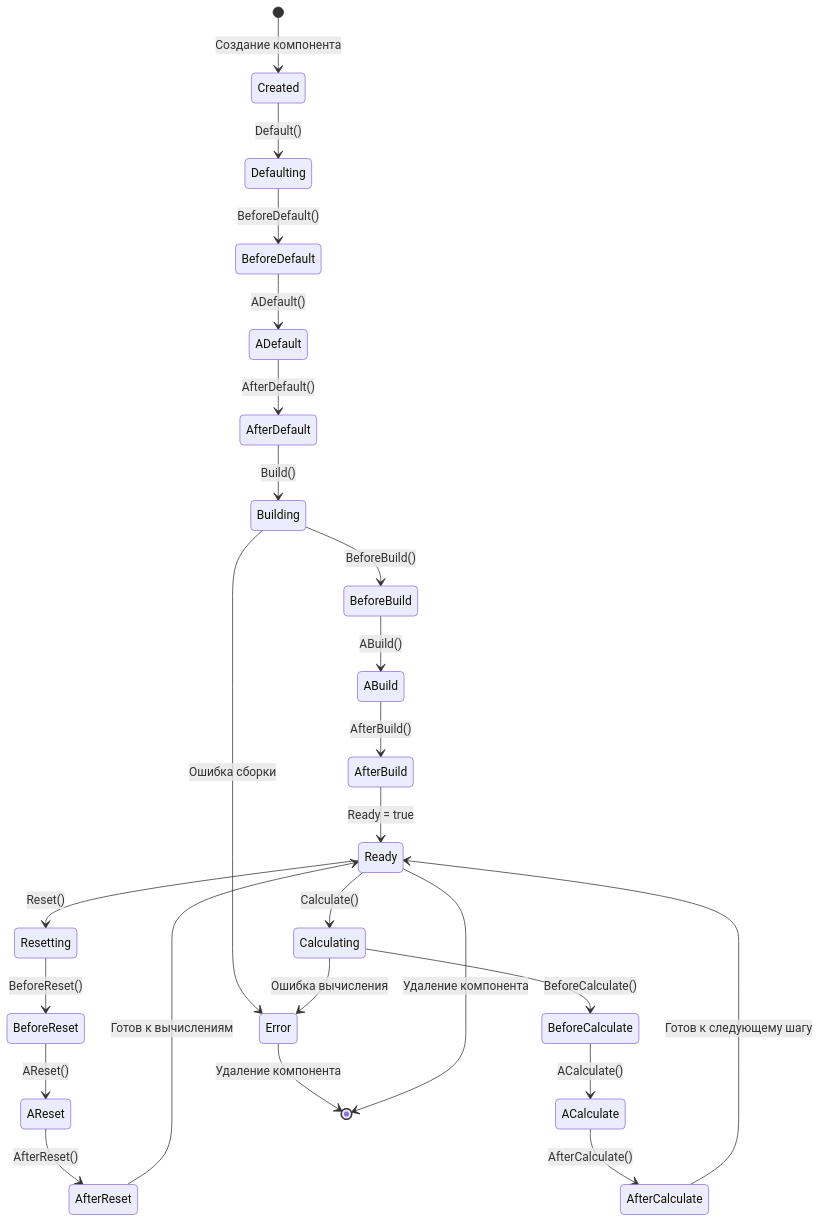
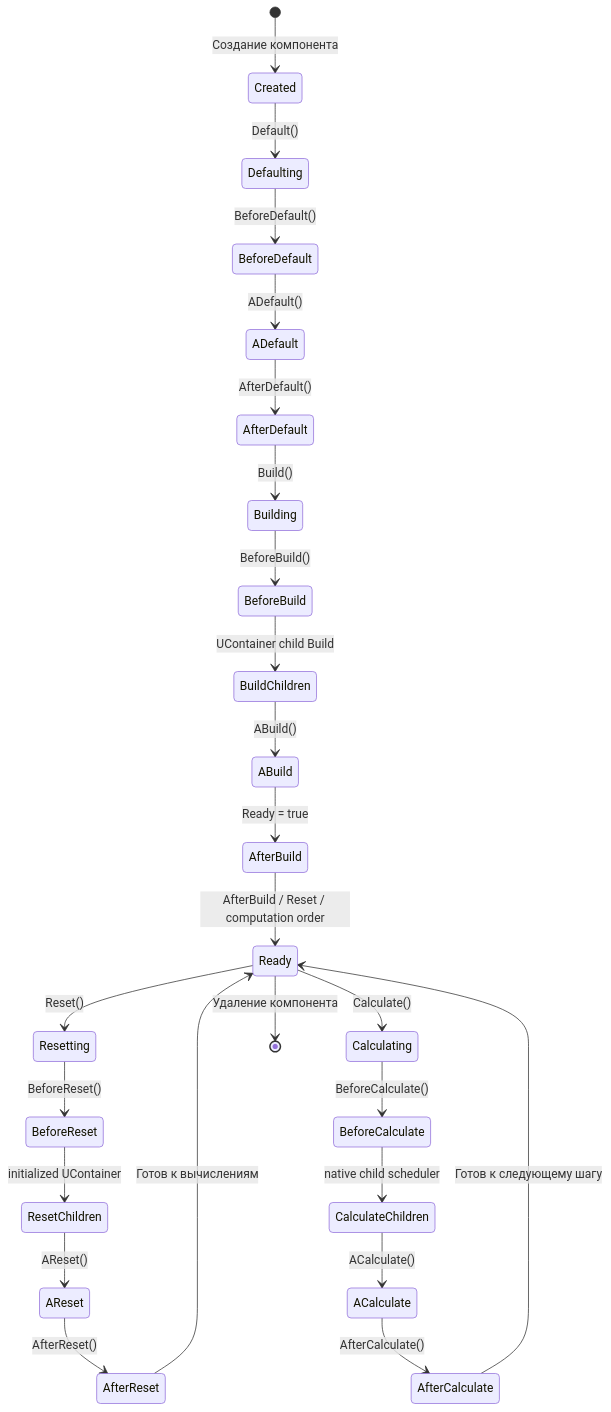
One commit to aicommunity/Rdk changed the eighth of 16 diagrams in Docs/Engine-Detailed.md. Above: the diagram before and after it, drawn with Mermaid. The commit also changed other lines of this file and 1 other file, not shown here.

````diff
--- a/Docs/Engine-Detailed.md
+++ b/Docs/Engine-Detailed.md
@@ -395,30 +399,30 @@
 ```mermaid
 stateDiagram-v2
     [*] --> Created: Создание компонента
     Created --> Defaulting: Default()
     Defaulting --> BeforeDefault: BeforeDefault()
     BeforeDefault --> ADefault: ADefault()
     ADefault --> AfterDefault: AfterDefault()
     AfterDefault --> Building: Build()
     Building --> BeforeBuild: BeforeBuild()
-    BeforeBuild --> ABuild: ABuild()
-    ABuild --> AfterBuild: AfterBuild()
-    AfterBuild --> Ready: Ready = true
+    BeforeBuild --> BuildChildren: UContainer child Build
+    BuildChildren --> ABuild: ABuild()
+    ABuild --> AfterBuild: Ready = true
+    AfterBuild --> Ready: AfterBuild / Reset / computation order
     
     Ready --> Resetting: Reset()
     Resetting --> BeforeReset: BeforeReset()
-    BeforeReset --> AReset: AReset()
+    BeforeReset --> ResetChildren: initialized UContainer
+    ResetChildren --> AReset: AReset()
     AReset --> AfterReset: AfterReset()
     AfterReset --> Ready: Готов к вычислениям
     
     Ready --> Calculating: Calculate()
     Calculating --> BeforeCalculate: BeforeCalculate()
-    BeforeCalculate --> ACalculate: ACalculate()
+    BeforeCalculate --> CalculateChildren: native child scheduler
+    CalculateChildren --> ACalculate: ACalculate()
     ACalculate --> AfterCalculate: AfterCalculate()
     AfterCalculate --> Ready: Готов к следующему шагу
     
-    Building --> Error: Ошибка сборки
-    Calculating --> Error: Ошибка вычисления
-    Error --> [*]: Удаление компонента
     Ready --> [*]: Удаление компонента
 ```
````
